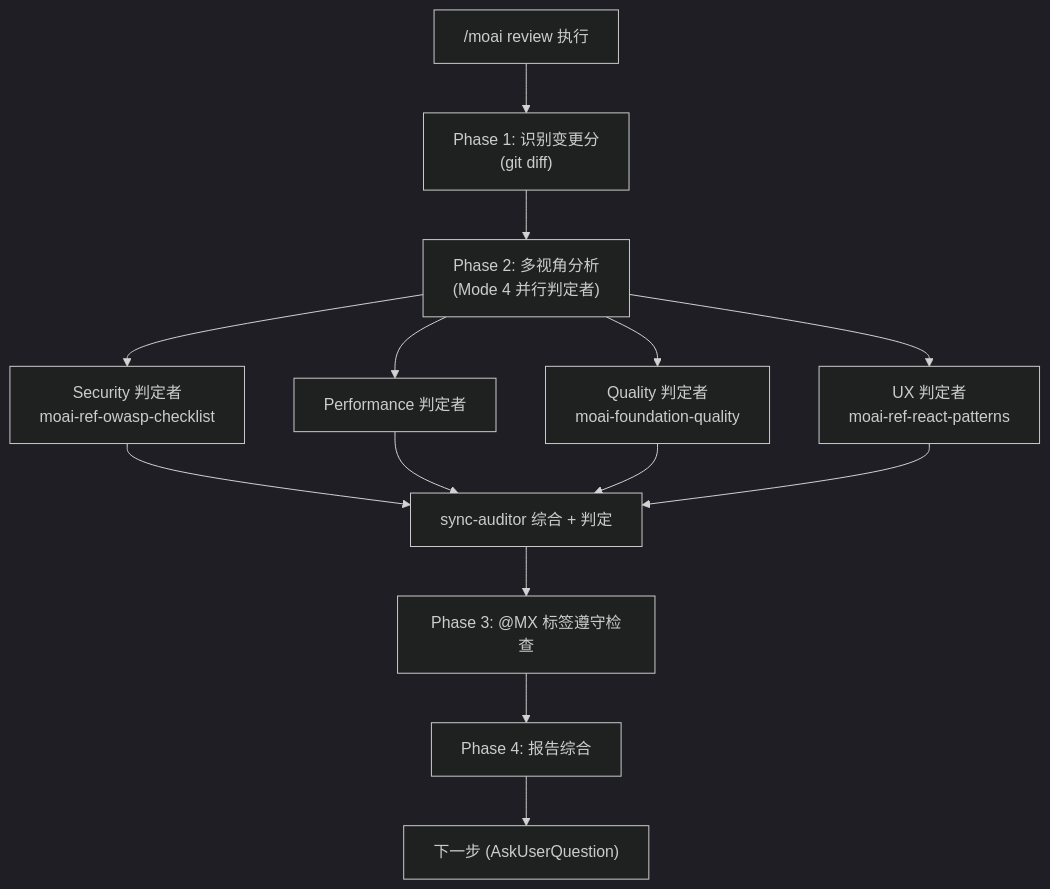
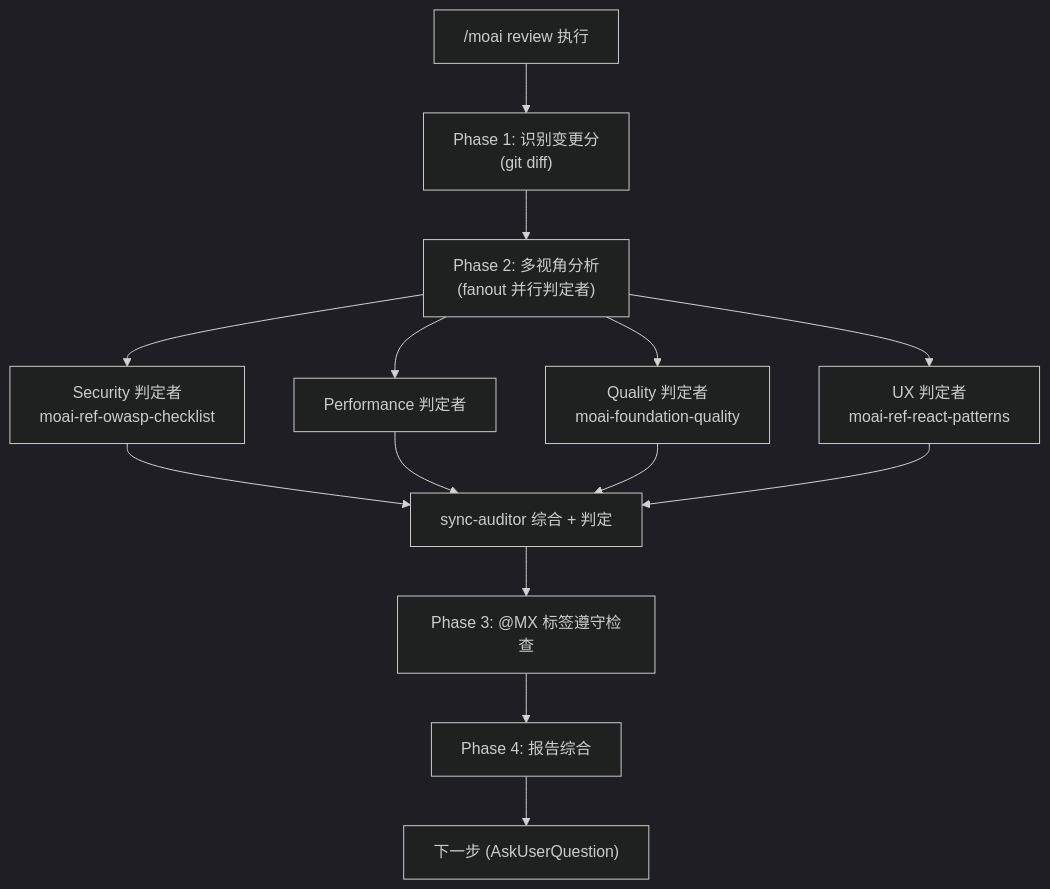
Before and after one commit to modu-ai/moai-adk: the diagram in docs-site/content/zh/utility-commands/moai-review.md, drawn with Mermaid (dark theme). The commit also changed other lines of this file and 80 other files, not shown here.

````diff
--- a/docs-site/content/zh/utility-commands/moai-review.md
+++ b/docs-site/content/zh/utility-commands/moai-review.md
@@ -36,19 +36,19 @@
 ```mermaid
 flowchart TD
     Start["/moai review 执行"] --> Phase1["Phase 1: 识别变更分<br/>(git diff)"]
-    Phase1 --> Phase2["Phase 2: 多视角分析<br/>(Mode 4 并行判定者)"]
+    Phase1 --> Phase2["Phase 2: 多视角分析<br/>(fanout 并行判定者)"]
 
     Phase2 --> Sec["Security 判定者<br/>moai-ref-owasp-checklist"]
     Phase2 --> Perf["Performance 判定者"]
     Phase2 --> Qual["Quality 判定者<br/>moai-foundation-quality"]
     Phase2 --> UX["UX 判定者<br/>moai-ref-react-patterns"]
 
     Sec --> Synth["sync-auditor 综合 + 判定"]
     Perf --> Synth
     Qual --> Synth
     UX --> Synth
 
     Synth --> Phase3["Phase 3: @MX 标签遵守检查"]
     Phase3 --> Phase4["Phase 4: 报告综合"]
     Phase4 --> Next["下一步 (AskUserQuestion)"]
 ```
````
